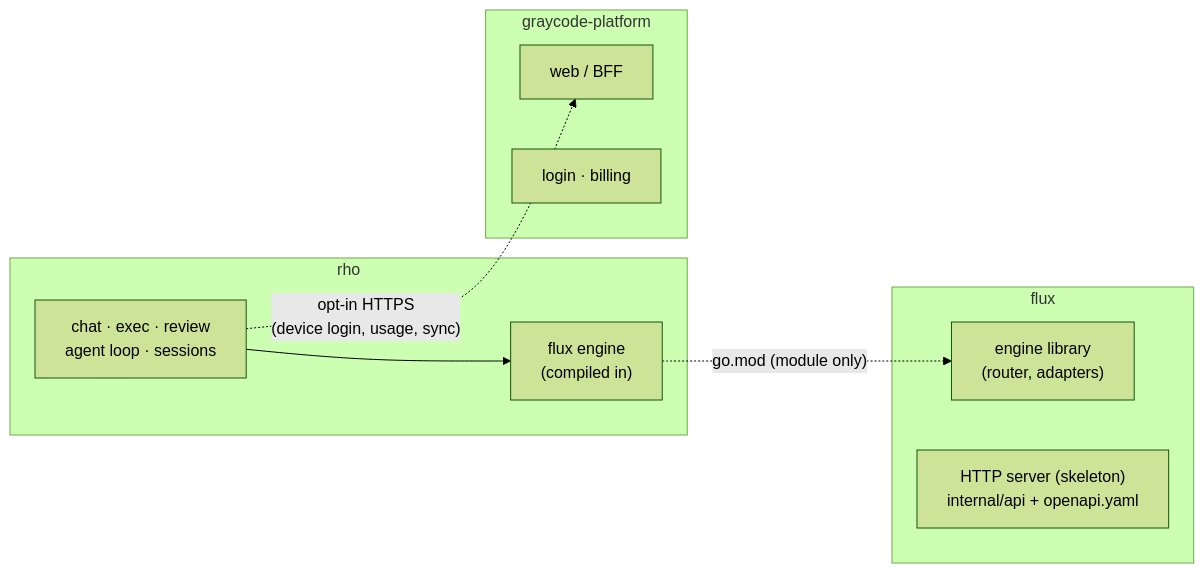
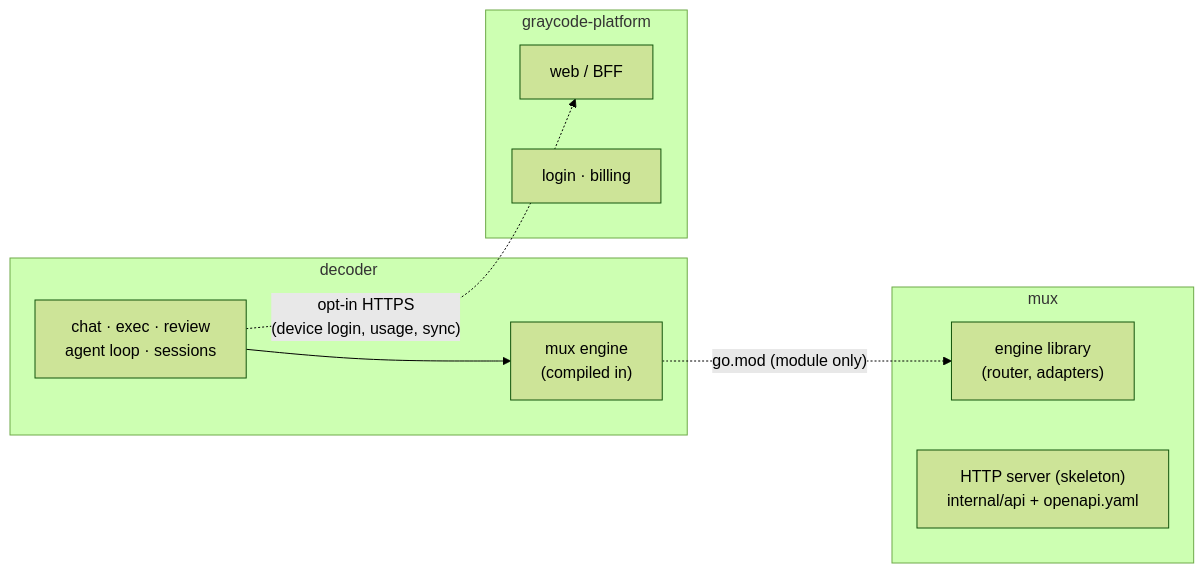
One commit to GrayCodeAI/reflect changed the first of 2 diagrams in docs/design/three-repo-architecture.md. Above: the diagram before and after it, drawn with Mermaid (forest theme). The commit also changed other lines of this file and 1382 other files, not shown here.

Commit message:
refactor: rename Rho to Decoder and integrate renamed Mux

````diff
--- a/docs/design/three-repo-architecture.md
+++ b/docs/design/three-repo-architecture.md
@@ -9,21 +9,21 @@
 ```mermaid
 flowchart LR
-    subgraph CLI["rho"]
+    subgraph CLI["decoder"]
         TUI["chat · exec · review\nagent loop · sessions"]
-        ENG["flux engine\n(compiled in)"]
+        ENG["mux engine\n(compiled in)"]
     end
 
-    subgraph ROUTER["flux"]
+    subgraph ROUTER["mux"]
         LIB["engine library\n(router, adapters)"]
         SRV["HTTP server (skeleton)\ninternal/api + openapi.yaml"]
     end
 
     subgraph PLAT["graycode-platform"]
         WEB["web / BFF"]
         AUTH["login · billing"]
     end
 
     TUI --> ENG
     ENG -. "go.mod (module only)" .-> LIB
     TUI -. "opt-in HTTPS\n(device login, usage, sync)" .-> WEB
 ```
````
